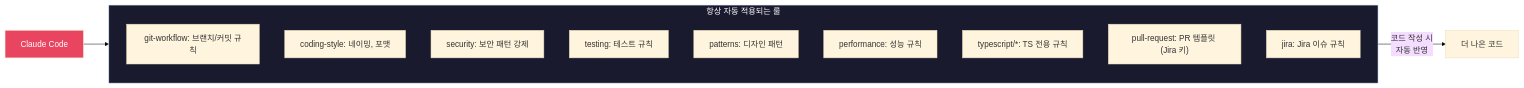
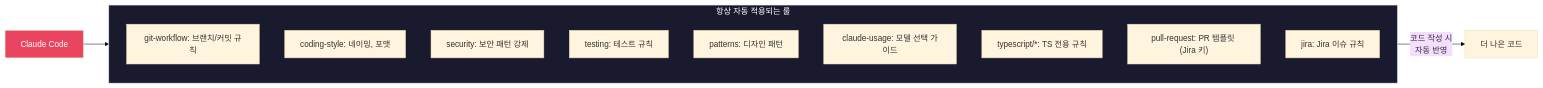
One commit to wooinwoo/claude-code changed the ninth of 10 diagrams in docs/react-next-guide.md. Above: the diagram before and after it, drawn with Mermaid (base theme). The commit also changed other lines of this file and 9 other files, not shown here.

````diff
--- a/docs/react-next-guide.md
+++ b/docs/react-next-guide.md
@@ -307,21 +305,21 @@
 ```mermaid
 flowchart LR
     subgraph rules["항상 자동 적용되는 룰"]
         direction TB
         r1["git-workflow: 브랜치/커밋 규칙"]
         r2["coding-style: 네이밍, 포맷"]
         r3["security: 보안 패턴 강제"]
         r4["testing: 테스트 규칙"]
         r5["patterns: 디자인 패턴"]
-        r6["performance: 성능 규칙"]
+        r6["claude-usage: 모델 선택 가이드"]
         r7["typescript/*: TS 전용 규칙"]
         r8["pull-request: PR 템플릿 (Jira 키)"]
         r9["jira: Jira 이슈 규칙"]
     end
 
     Claude["Claude Code"] --> rules
     rules --> |"코드 작성 시<br/>자동 반영"| Output["더 나은 코드"]
 
     style rules fill:#1a1a2e,color:#fff
     style Claude fill:#e94560,color:#fff
 ```
````
